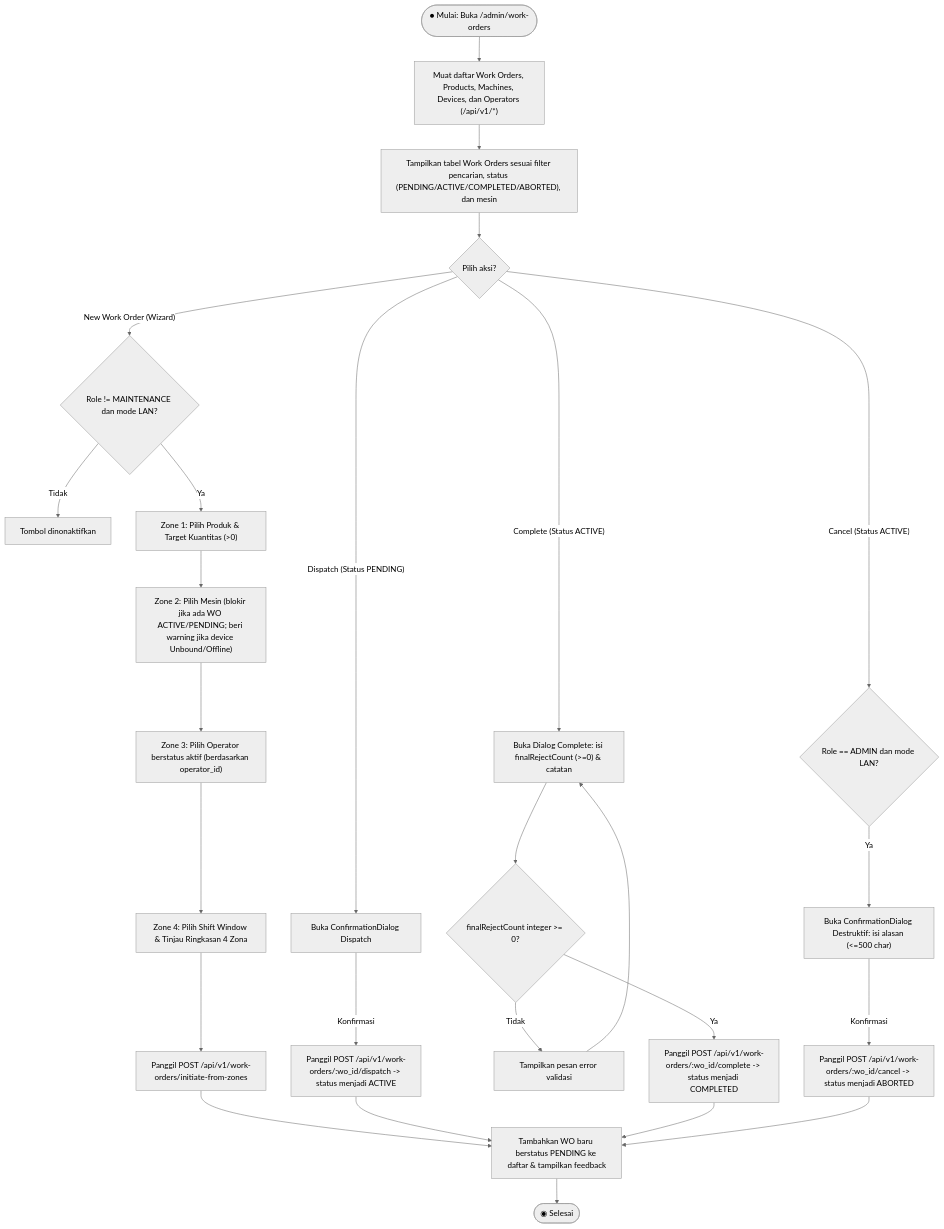
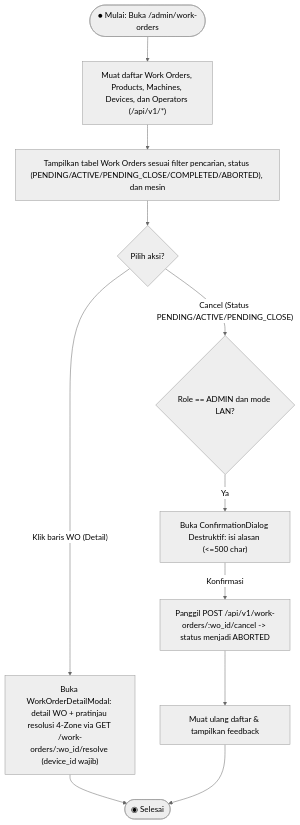
One commit to affadk/iiot-oee-admin-panel changed the third of 25 diagrams in PAGE_DOCUMENTATION.md. Above: the diagram before and after it, drawn with Mermaid (neutral theme). The commit also changed other lines of this file and 12 other files, not shown here.

````diff
--- a/PAGE_DOCUMENTATION.md
+++ b/PAGE_DOCUMENTATION.md
@@ -144,32 +171,15 @@
 ```mermaid
 flowchart TD
     Start(["● Mulai: Buka /admin/work-orders"]) --> LoadWO["Muat daftar Work Orders, Products, Machines, Devices, dan Operators (/api/v1/*)"]
-    LoadWO --> FilterView["Tampilkan tabel Work Orders sesuai filter pencarian, status (PENDING/ACTIVE/COMPLETED/ABORTED), dan mesin"]
+    LoadWO --> FilterView["Tampilkan tabel Work Orders sesuai filter pencarian, status (PENDING/ACTIVE/PENDING_CLOSE/COMPLETED/ABORTED), dan mesin"]
     FilterView --> Action{"Pilih aksi?"}
 
-    Action -- "New Work Order (Wizard)" --> CheckRole1{"Role != MAINTENANCE dan mode LAN?"}
-    CheckRole1 -- Tidak --> Denied["Tombol dinonaktifkan"]
-    CheckRole1 -- Ya --> Z1["Zone 1: Pilih Produk & Target Kuantitas (>0)"]
-    Z1 --> Z2["Zone 2: Pilih Mesin (blokir jika ada WO ACTIVE/PENDING; beri warning jika device Unbound/Offline)"]
-    Z2 --> Z3["Zone 3: Pilih Operator berstatus aktif (berdasarkan operator_id)"]
-    Z3 --> Z4["Zone 4: Pilih Shift Window & Tinjau Ringkasan 4 Zona"]
-    Z4 --> CallInitiate["Panggil POST /api/v1/work-orders/initiate-from-zones"]
-    CallInitiate --> UpdateList["Tambahkan WO baru berstatus PENDING ke daftar & tampilkan feedback"]
-    UpdateList --> End(["◉ Selesai"])
+    Action -- "Klik baris WO (Detail)" --> OpenDetail["Buka WorkOrderDetailModal: detail WO + pratinjau resolusi 4-Zone via GET /work-orders/:wo_id/resolve (device_id wajib)"]
+    OpenDetail --> End(["◉ Selesai"])
 
-    Action -- "Dispatch (Status PENDING)" --> ConfirmDispatch["Buka ConfirmationDialog Dispatch"]
-    ConfirmDispatch -- Konfirmasi --> CallDispatch["Panggil POST /api/v1/work-orders/:wo_id/dispatch -> status menjadi ACTIVE"]
-    CallDispatch --> UpdateList
-
-    Action -- "Complete (Status ACTIVE)" --> OpenComplete["Buka Dialog Complete: isi finalRejectCount (>=0) & catatan"]
-    OpenComplete --> ValidReject{"finalRejectCount integer >= 0?"}
-    ValidReject -- Tidak --> ErrReject["Tampilkan pesan error validasi"]
-    ErrReject --> OpenComplete
-    ValidReject -- Ya --> CallComplete["Panggil POST /api/v1/work-orders/:wo_id/complete -> status menjadi COMPLETED"]
-    CallComplete --> UpdateList
-
-    Action -- "Cancel (Status ACTIVE)" --> CheckAdmin{"Role == ADMIN dan mode LAN?"}
+    Action -- "Cancel (Status PENDING/ACTIVE/PENDING_CLOSE)" --> CheckAdmin{"Role == ADMIN dan mode LAN?"}
     CheckAdmin -- Ya --> OpenCancel["Buka ConfirmationDialog Destruktif: isi alasan (<=500 char)"]
     OpenCancel -- Konfirmasi --> CallCancel["Panggil POST /api/v1/work-orders/:wo_id/cancel -> status menjadi ABORTED"]
-    CallCancel --> UpdateList
+    CallCancel --> UpdateList["Muat ulang daftar & tampilkan feedback"]
+    UpdateList --> End
 ```
````
